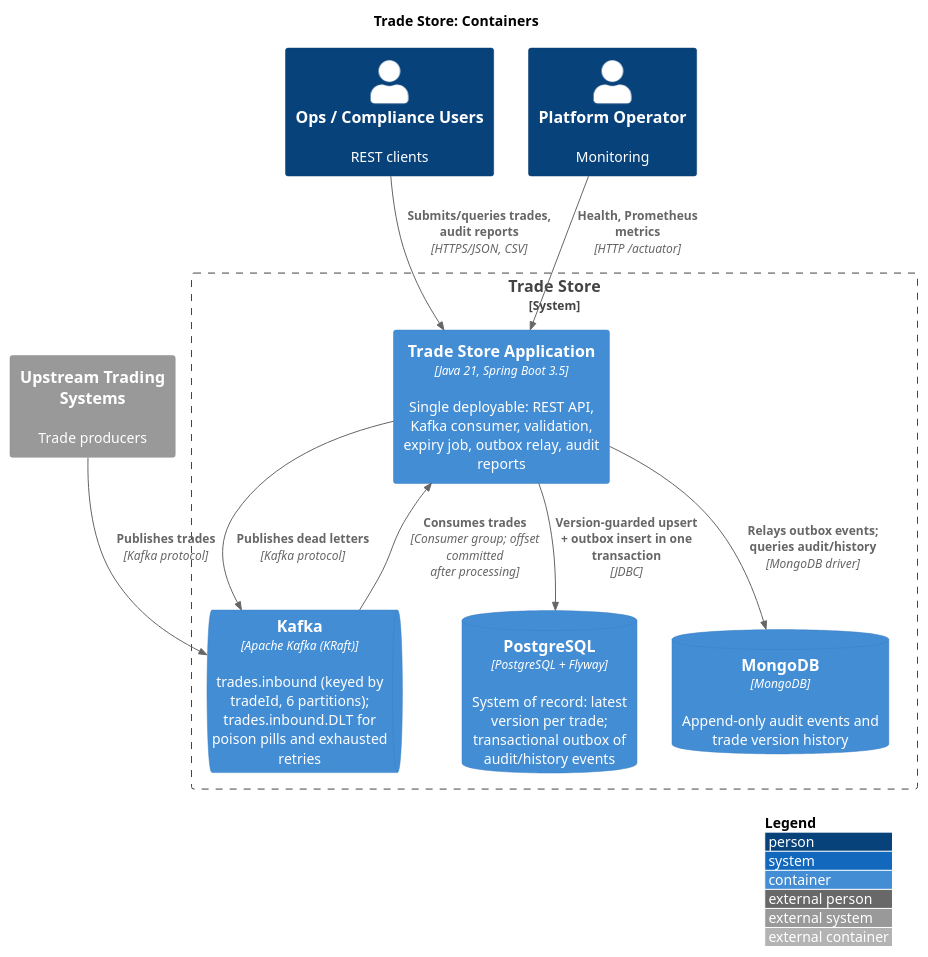
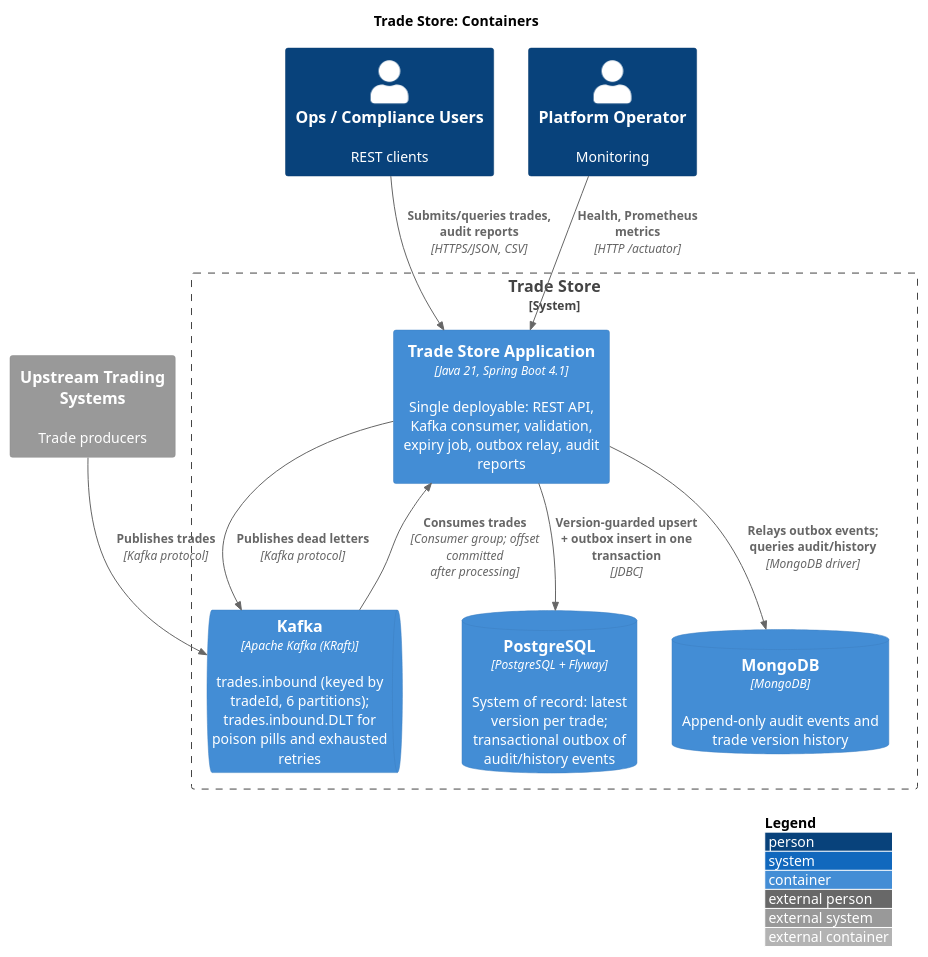
The diagram in docs/diagrams/03-c4-container.puml (kuldipkumar/Trade-store), drawn with PlantUML before and after one commit. The commit also changed 8 other files, not shown here.

First line of the commit message:
wip: migrate tests to Spring Boot 4 APIs; add ADR-007 (not yet verified)

```diff
--- a/docs/diagrams/03-c4-container.puml
+++ b/docs/diagrams/03-c4-container.puml
@@ -1,27 +1,27 @@
 @startuml 03-c4-container
 !include <C4/C4_Container>
 
 title Trade Store: Containers
 
 LAYOUT_WITH_LEGEND()
 
 System_Ext(upstream, "Upstream Trading Systems", "Trade producers")
 Person(users, "Ops / Compliance Users", "REST clients")
 Person(operator, "Platform Operator", "Monitoring")
 
 System_Boundary(ts, "Trade Store") {
-    Container(app, "Trade Store Application", "Java 21, Spring Boot 3.5", "Single deployable: REST API, Kafka consumer, validation, expiry job, outbox relay, audit reports")
+    Container(app, "Trade Store Application", "Java 21, Spring Boot 4.1", "Single deployable: REST API, Kafka consumer, validation, expiry job, outbox relay, audit reports")
     ContainerQueue(kafka, "Kafka", "Apache Kafka (KRaft)", "trades.inbound (keyed by tradeId, 6 partitions); trades.inbound.DLT for poison pills and exhausted retries")
     ContainerDb(postgres, "PostgreSQL", "PostgreSQL + Flyway", "System of record: latest version per trade; transactional outbox of audit/history events")
     ContainerDb(mongo, "MongoDB", "MongoDB", "Append-only audit events and trade version history")
 }
 
 Rel(upstream, kafka, "Publishes trades", "Kafka protocol")
 Rel(kafka, app, "Consumes trades", "Consumer group; offset committed after processing")
 Rel(app, kafka, "Publishes dead letters", "Kafka protocol")
 Rel(users, app, "Submits/queries trades, audit reports", "HTTPS/JSON, CSV")
 Rel(app, postgres, "Version-guarded upsert + outbox insert in one transaction", "JDBC")
 Rel(app, mongo, "Relays outbox events; queries audit/history", "MongoDB driver")
 Rel(operator, app, "Health, Prometheus metrics", "HTTP /actuator")
 
 @enduml
```
